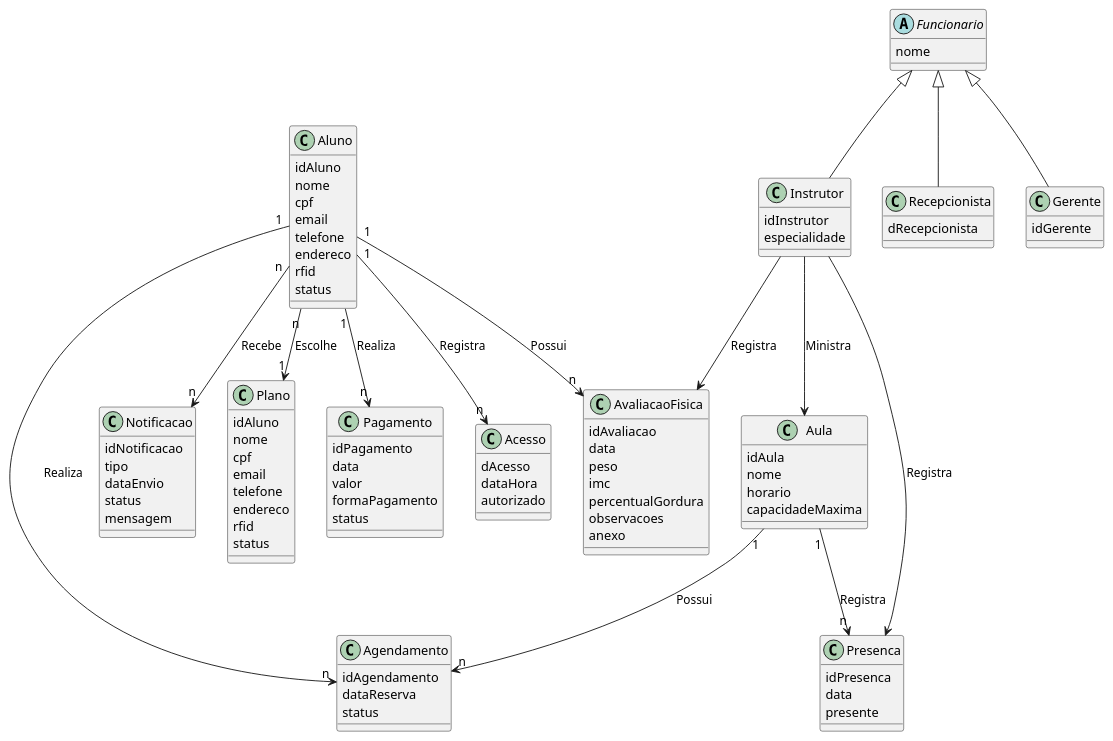
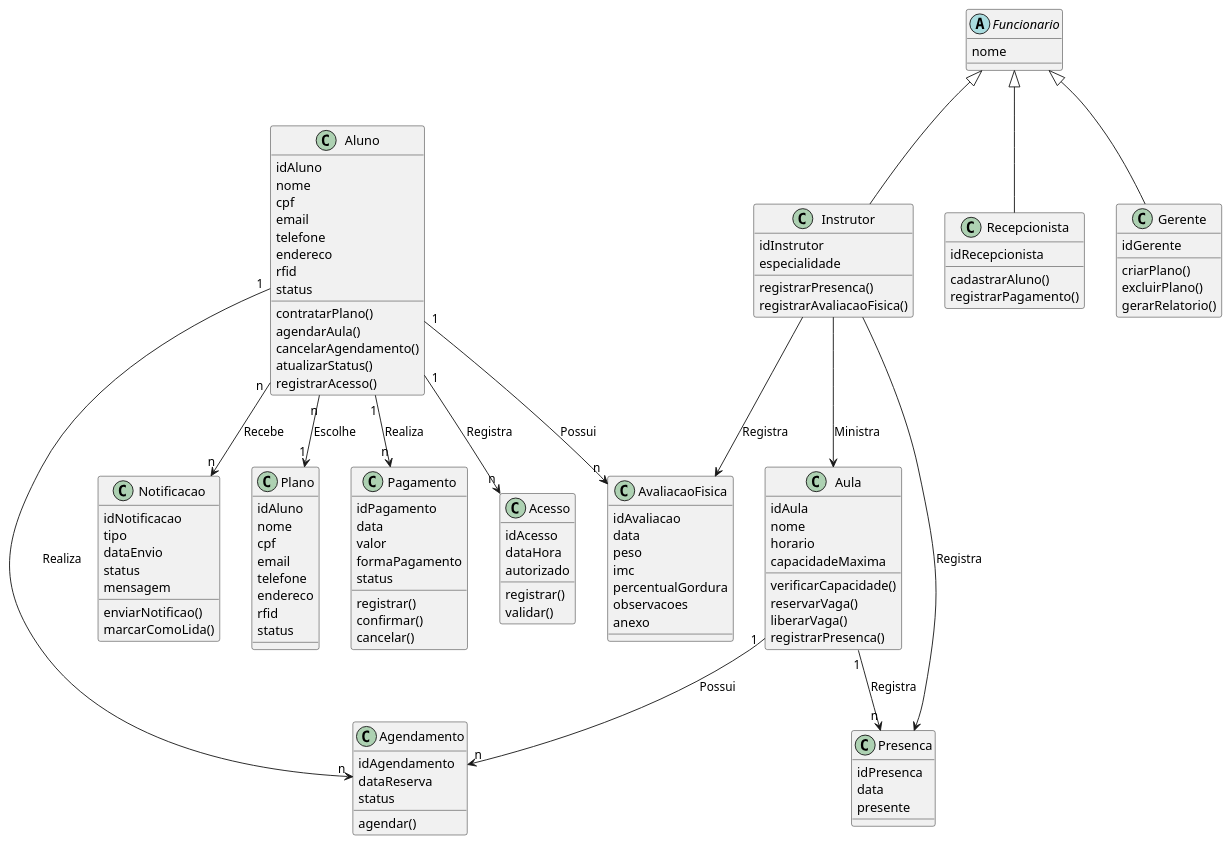
The diagram in docs/Diagramas/classes.puml (aspiringluke/aula-max_20260416), drawn with PlantUML before and after one commit.

Commit message:
Finalizado

```diff
--- a/docs/Diagramas/classes.puml
+++ b/docs/Diagramas/classes.puml
@@ -1,114 +1,147 @@
 @startuml
 
 skinparam classAttributeIconSize 0
 
 class Aluno {
     idAluno
     nome
     cpf
     email
     telefone
     endereco
     rfid
     status
+    
+    contratarPlano()
+    agendarAula()
+    cancelarAgendamento()
+    atualizarStatus()
+    registrarAcesso()
 }
 
 class Plano {
     idAluno
     nome
     cpf
     email
     telefone
     endereco
     rfid
     status
 }
 
 class Pagamento {
     idPagamento
     data
     valor
     formaPagamento
     status
+    
+    registrar()
+    confirmar()
+    cancelar()
 }
 
 class Acesso {
-    dAcesso
+    idAcesso
     dataHora
     autorizado
+    
+    registrar()
+    validar()
 }
 
 class Aula {
     idAula
     nome
     horario
     capacidadeMaxima
+
+    verificarCapacidade()
+    reservarVaga()
+    liberarVaga()
+    registrarPresenca()
 }
 
 class Agendamento {
     idAgendamento
     dataReserva
     status
+    
+    agendar()
 }
 
 class Presenca {
     idPresenca
     data
     presente
 }
 
 class AvaliacaoFisica {
     idAvaliacao
     data
     peso
     imc
     percentualGordura
     observacoes
     anexo
 }
 
 class Notificacao {
     idNotificacao
     tipo
     dataEnvio
     status
     mensagem
+    
+    enviarNotificao()
+    marcarComoLida()
 }
 
 
 abstract class Funcionario {
     nome
 }
 
 class Instrutor {
     idInstrutor
     especialidade
+    
+    registrarPresenca()
+    registrarAvaliacaoFisica()
 }
 
 class Recepcionista {
-    dRecepcionista
+    idRecepcionista
+
+    cadastrarAluno()
+    registrarPagamento()
 }
 
 class Gerente {
     idGerente
+
+    criarPlano()
+    excluirPlano()
+    gerarRelatorio()
 }
 
 Funcionario <|-- Gerente
 Funcionario <|-- Recepcionista
 Funcionario <|-- Instrutor
 
 Aluno "n" --> "1" Plano: Escolhe
 Aluno "1" --> "n" Pagamento: Realiza
 Aluno "1" --> "n" Acesso: Registra
 Aluno "1" --> "n" Agendamento: Realiza
 Aluno "1" --> "n" AvaliacaoFisica: Possui
 Aluno "n" --> "n" Notificacao: Recebe
 
 Aula "1" --> "n" Agendamento: Possui
 Aula "1" --> "n" Presenca: Registra
 
 Instrutor --> Aula: Ministra
 Instrutor --> AvaliacaoFisica: Registra
 Instrutor --> Presenca: Registra
 
 @enduml
```
